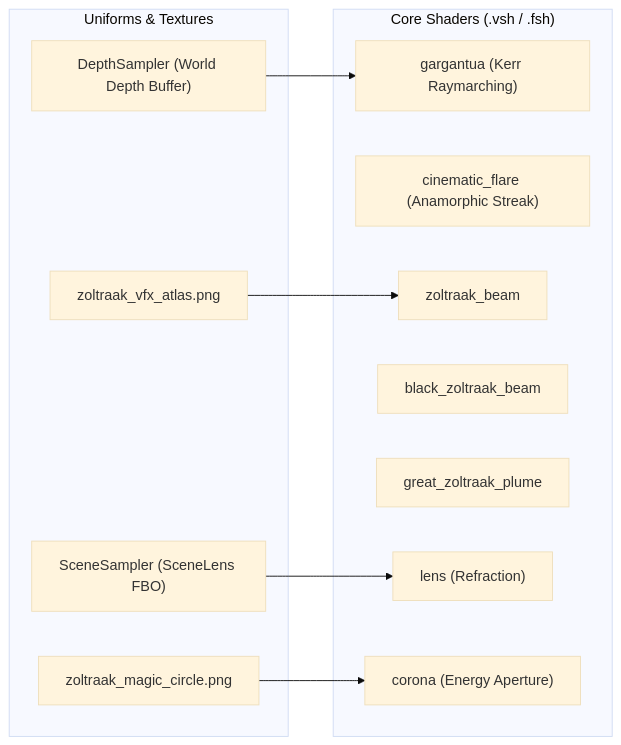
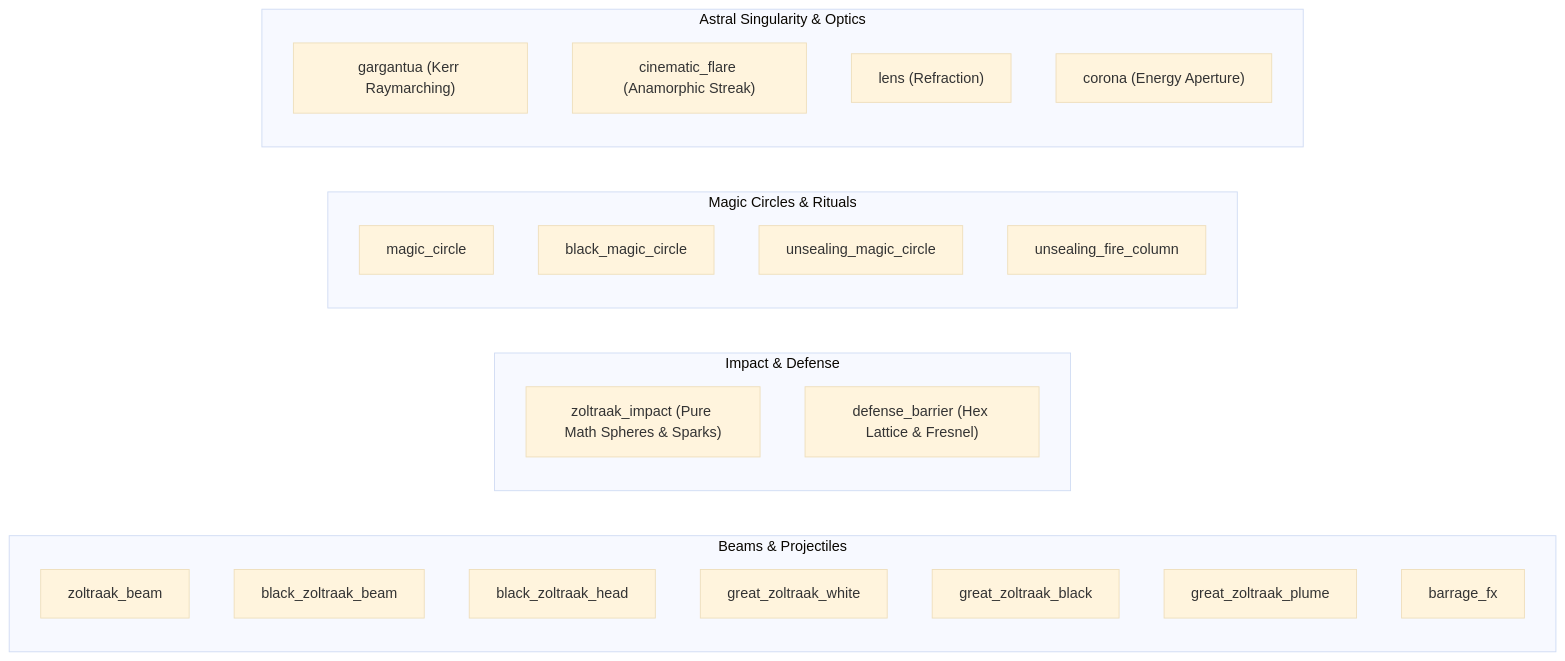
One commit to ling-gwdgw2/Zoltraak-Cinematic-NeoForge-1.21.1 changed the second of 2 diagrams in ARCHITECTURE.md. Above: the diagram before and after it, drawn with Mermaid (base theme). The commit also changed other lines of this file, not shown here.

````diff
--- a/ARCHITECTURE.md
+++ b/ARCHITECTURE.md
@@ -299,24 +473,31 @@
 ```mermaid
 graph LR
-    subgraph Core_Shaders ["Core Shaders (.vsh / .fsh)"]
+    subgraph Beam_Barrage_Shaders ["Beams & Projectiles"]
+        ZB["zoltraak_beam"]
+        BZB["black_zoltraak_beam"]
+        BZH["black_zoltraak_head"]
+        GZW["great_zoltraak_white"]
+        GZB["great_zoltraak_black"]
+        GZP["great_zoltraak_plume"]
+        BFX["barrage_fx"]
+    end
+
+    subgraph Impact_Defense_Shaders ["Impact & Defense"]
+        ZI["zoltraak_impact (Pure Math Spheres & Sparks)"]
+        DB["defense_barrier (Hex Lattice & Fresnel)"]
+    end
+
+    subgraph Circle_Ritual_Shaders ["Magic Circles & Rituals"]
+        MC["magic_circle"]
+        BMC["black_magic_circle"]
+        UMC["unsealing_magic_circle"]
+        UFC["unsealing_fire_column"]
+    end
+
+    subgraph Singularity_Post_Shaders ["Astral Singularity & Optics"]
         GARG["gargantua (Kerr Raymarching)"]
         FLARE["cinematic_flare (Anamorphic Streak)"]
-        ZB["zoltraak_beam"]
-        BZB["black_zoltraak_beam"]
-        GZP["great_zoltraak_plume"]
         LENS["lens (Refraction)"]
         COR["corona (Energy Aperture)"]
     end
-
-    subgraph Uniforms_Samplers ["Uniforms & Textures"]
-        Atlas["zoltraak_vfx_atlas.png"]
-        Rune["zoltraak_magic_circle.png"]
-        Scene["SceneSampler (SceneLens FBO)"]
-        Depth["DepthSampler (World Depth Buffer)"]
-    end
-
-    Atlas --> ZB
-    Rune --> COR
-    Scene --> LENS
-    Depth --> GARG
 ```
````
